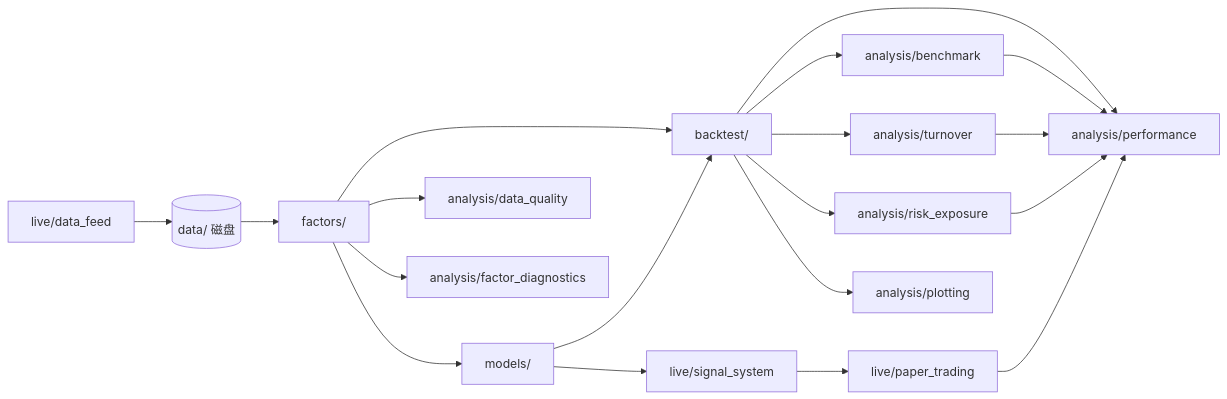
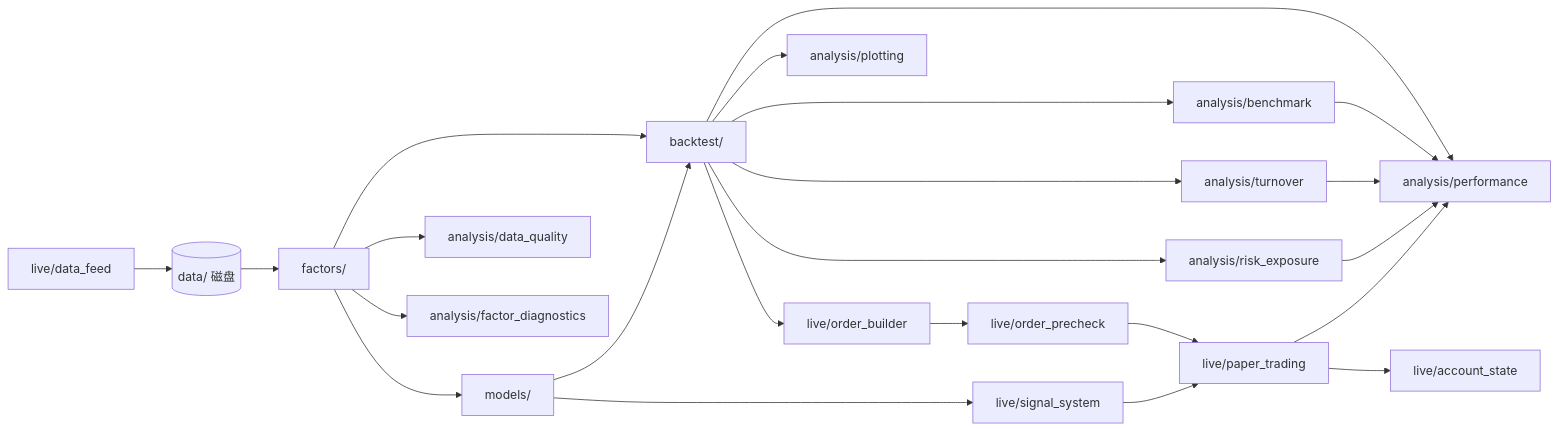
One commit to Mikowong0821/quant_strategy changed the diagram in docs/CODE_STRUCTURE.md. Above: the diagram before and after it, drawn with Mermaid. The commit also changed other lines of this file and 17 other files, not shown here.

````diff
--- a/docs/CODE_STRUCTURE.md
+++ b/docs/CODE_STRUCTURE.md
@@ -18,36 +18,43 @@
 ```mermaid
 flowchart LR
   data[(data/ 磁盘)]
   feed[live/data_feed]
   fac[factors/]
   bt[backtest/]
   opt[models/]
   sig[live/signal_system]
+  order[live/order_builder]
+  precheck[live/order_precheck]
   paper[live/paper_trading]
+  state[live/account_state]
   perf[analysis/performance]
   dq[analysis/data_quality]
   diag[analysis/factor_diagnostics]
   bench[analysis/benchmark]
   turn[analysis/turnover]
   risk[analysis/risk_exposure]
   plot[analysis/plotting]
 
   data --> fac
   feed --> data
   fac --> bt
   fac --> dq
   fac --> diag
   opt --> bt
   bt --> perf
   bt --> bench
   bt --> turn
   bt --> risk
   bench --> perf
   turn --> perf
   risk --> perf
   bt --> plot
+  bt --> order
+  order --> precheck
   fac --> opt
   opt --> sig
+  precheck --> paper
+  paper --> state
   sig --> paper
   paper --> perf
 ```
````
